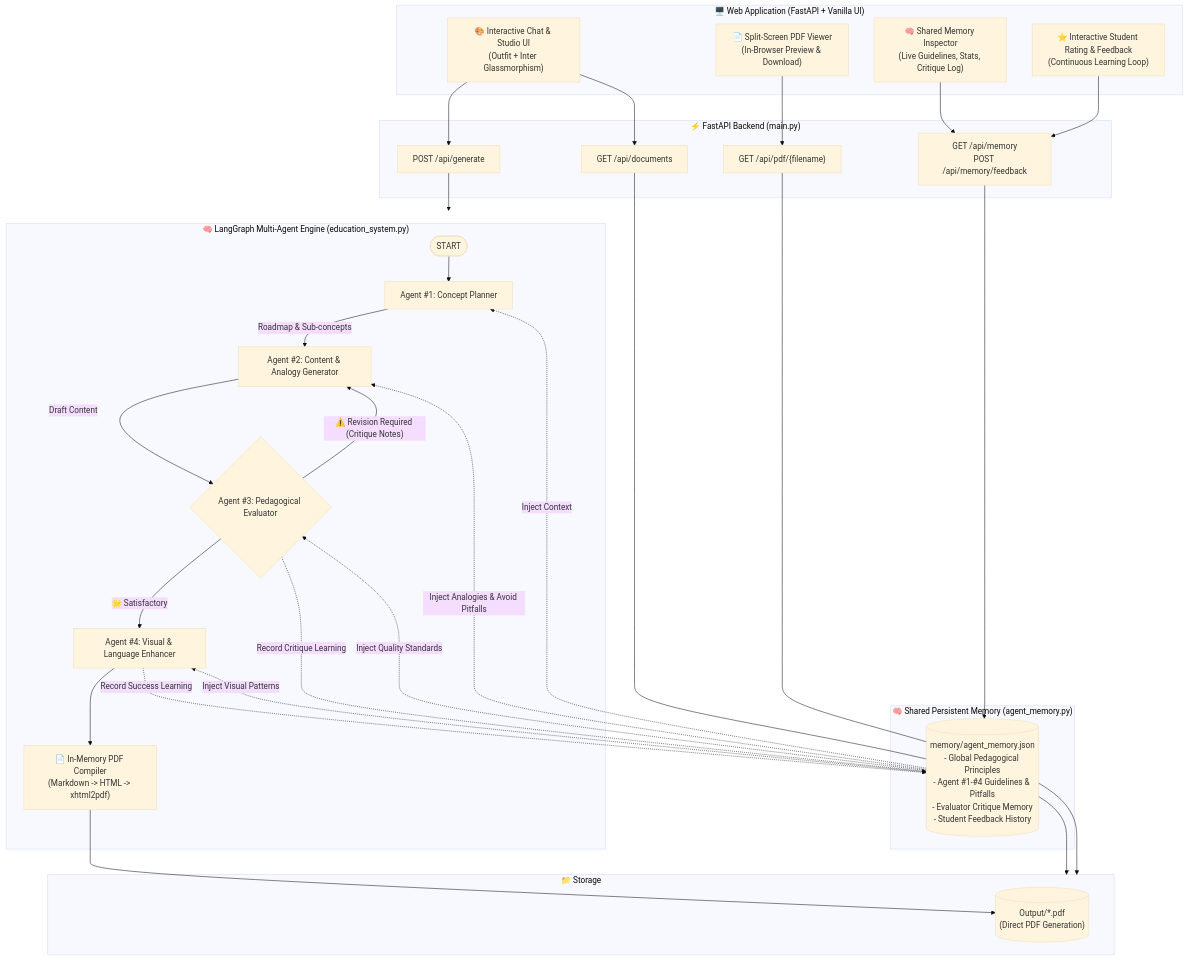
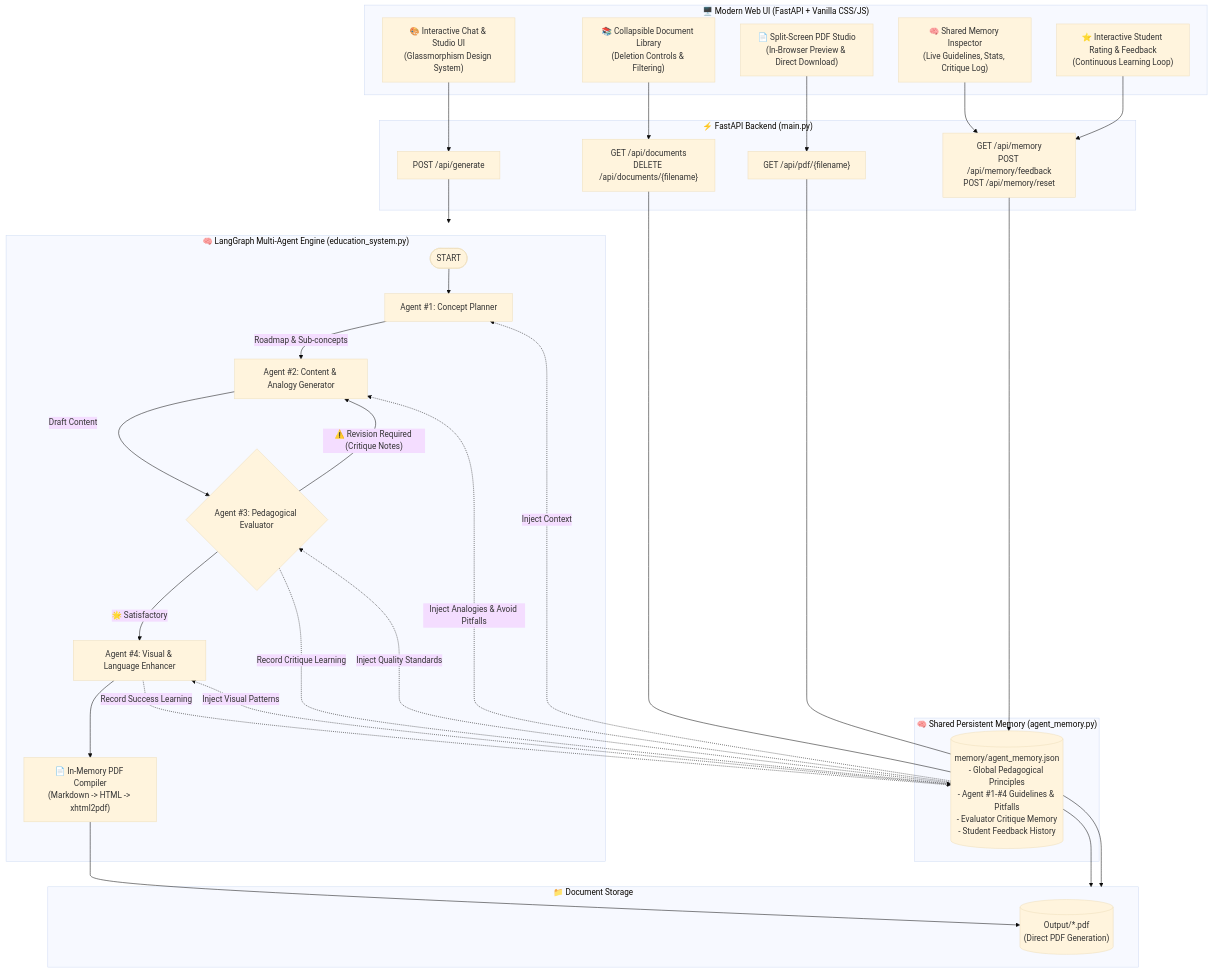
One commit to aakashlokhande99/EduGraph-AI changed the diagram in README.md. Above: the diagram before and after it, drawn with Mermaid (base theme). The commit also changed other lines of this file and 6 other files, not shown here.

````diff
--- a/README.md
+++ b/README.md
@@ -9,53 +17,54 @@
 ```mermaid
 flowchart TD
-    subgraph Frontend["🖥️ Web Application (FastAPI + Vanilla UI)"]
-        UI["🎨 Interactive Chat & Studio UI\n(Outfit + Inter Glassmorphism)"]
-        PDFViewer["📄 Split-Screen PDF Viewer\n(In-Browser Preview & Download)"]
+    subgraph Frontend["🖥️ Modern Web UI (FastAPI + Vanilla CSS/JS)"]
+        UI["🎨 Interactive Chat & Studio UI\n(Glassmorphism Design System)"]
+        Sidebar["📚 Collapsible Document Library\n(Deletion Controls & Filtering)"]
+        PDFViewer["📄 Split-Screen PDF Studio\n(In-Browser Preview & Direct Download)"]
         MemoryModal["🧠 Shared Memory Inspector\n(Live Guidelines, Stats, Critique Log)"]
         FeedbackWidget["⭐ Interactive Student Rating & Feedback\n(Continuous Learning Loop)"]
     end
 
     subgraph MemoryLayer["🧠 Shared Persistent Memory (agent_memory.py)"]
         Store[("memory/agent_memory.json\n- Global Pedagogical Principles\n- Agent #1-#4 Guidelines & Pitfalls\n- Evaluator Critique Memory\n- Student Feedback History")]
     end
 
     subgraph Backend["⚡ FastAPI Backend (main.py)"]
         API_Gen["POST /api/generate"]
-        API_Docs["GET /api/documents"]
+        API_Docs["GET /api/documents\nDELETE /api/documents/{filename}"]
         API_PDF["GET /api/pdf/{filename}"]
-        API_Mem["GET /api/memory\nPOST /api/memory/feedback"]
+        API_Mem["GET /api/memory\nPOST /api/memory/feedback\nPOST /api/memory/reset"]
     end
 
     subgraph LangGraphCore["🧠 LangGraph Multi-Agent Engine (education_system.py)"]
         Start([START]) --> A1[Agent #1: Concept Planner]
         A1 -->|Roadmap & Sub-concepts| A2[Agent #2: Content & Analogy Generator]
         A2 -->|Draft Content| A3{Agent #3: Pedagogical Evaluator}
         
         A3 -- "⚠️ Revision Required (Critique Notes)" --> A2
         A3 -- "🌟 Satisfactory" --> A4[Agent #4: Visual & Language Enhancer]
         
         A4 --> PDFEngine["📄 In-Memory PDF Compiler\n(Markdown -> HTML -> xhtml2pdf)"]
     end
 
-    subgraph Storage["📁 Storage"]
+    subgraph Storage["📁 Document Storage"]
         OutputPDFs[("Output/*.pdf\n(Direct PDF Generation)")]
     end
 
     Store -.->|"Inject Context"| A1
     Store -.->|"Inject Analogies & Avoid Pitfalls"| A2
     Store -.->|"Inject Quality Standards"| A3
     Store -.->|"Inject Visual Patterns"| A4
     A3 -.->|"Record Critique Learning"| Store
     A4 -.->|"Record Success Learning"| Store
 
     UI --> API_Gen
-    UI --> API_Docs
+    Sidebar --> API_Docs
     FeedbackWidget --> API_Mem
     MemoryModal --> API_Mem
     API_Mem --> Store
     PDFViewer --> API_PDF
     API_Gen --> LangGraphCore
     API_Docs --> Storage
     API_PDF --> Storage
     PDFEngine --> OutputPDFs
 ```
````
